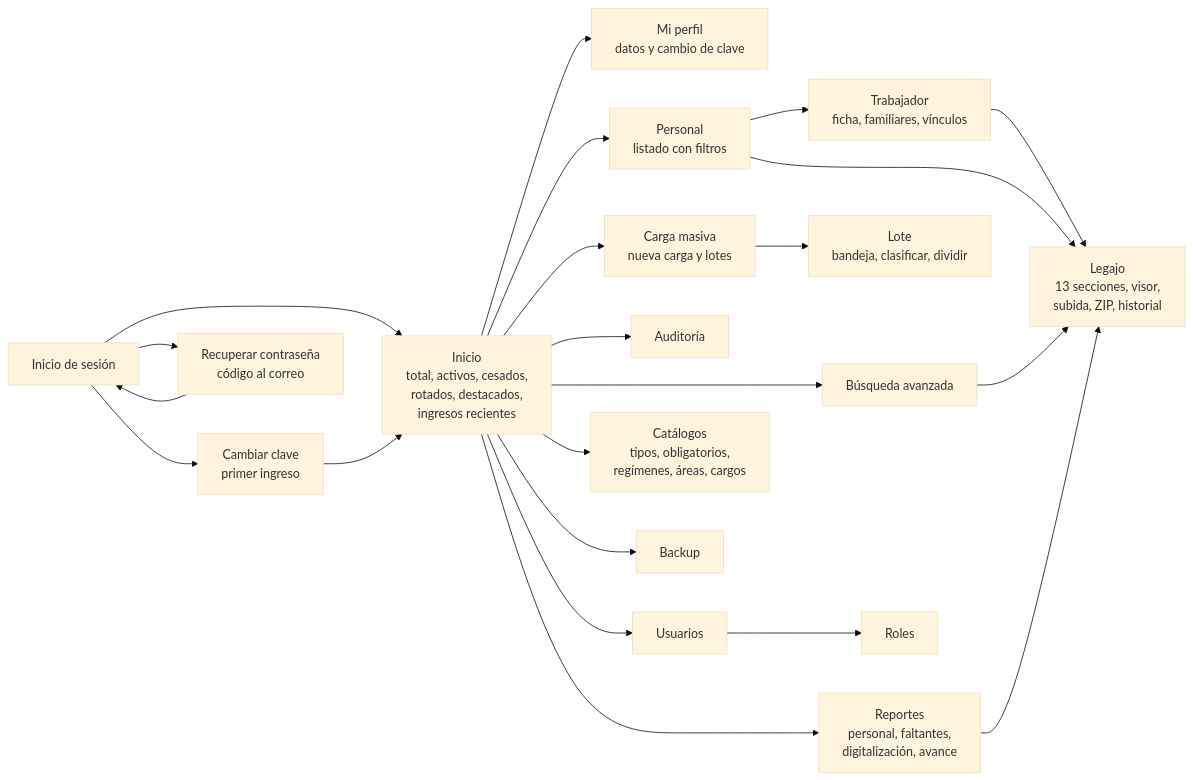
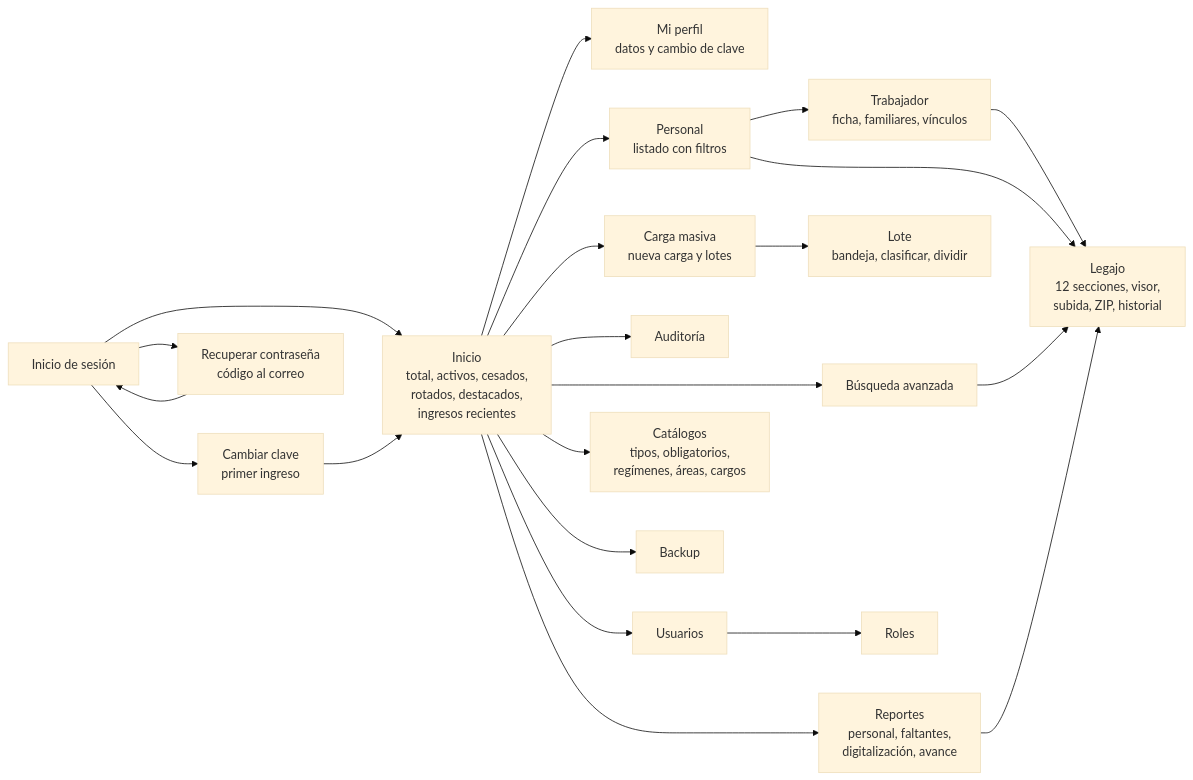
One commit to Jose27luis/legajo changed diagram 22 of 22 in README.md. Above: the diagram before and after it, drawn with Mermaid (base theme). The commit also changed other lines of this file, not shown here.

Commit message:
docs: legajo de 12 secciones y formulario condicional

````diff
--- a/README.md
+++ b/README.md
@@ -1322,24 +1311,24 @@
 ```mermaid
 flowchart LR
     LOGIN["Inicio de sesión"] --> CC["Cambiar clave<br/>primer ingreso"]
     LOGIN --> REC["Recuperar contraseña<br/>código al correo"]
     REC --> LOGIN
     LOGIN --> INI["Inicio<br/>total, activos, cesados,<br/>rotados, destacados,<br/>ingresos recientes"]
     INI --> PRF["Mi perfil<br/>datos y cambio de clave"]
     CC --> INI
     INI --> PER["Personal<br/>listado con filtros"]
     PER --> TRA["Trabajador<br/>ficha, familiares, vínculos"]
-    TRA --> LEG["Legajo<br/>13 secciones, visor,<br/>subida, ZIP, historial"]
+    TRA --> LEG["Legajo<br/>12 secciones, visor,<br/>subida, ZIP, historial"]
     PER --> LEG
     INI --> BUS["Búsqueda avanzada"]
     BUS --> LEG
     INI --> CM["Carga masiva<br/>nueva carga y lotes"]
     CM --> LOT["Lote<br/>bandeja, clasificar, dividir"]
     INI --> REP["Reportes<br/>personal, faltantes,<br/>digitalización, avance"]
     REP --> LEG
     INI --> AUD["Auditoría"]
     INI --> USU["Usuarios"]
     USU --> ROL["Roles"]
     INI --> CAT["Catálogos<br/>tipos, obligatorios,<br/>regímenes, áreas, cargos"]
     INI --> BAK["Backup"]
 ```
````
